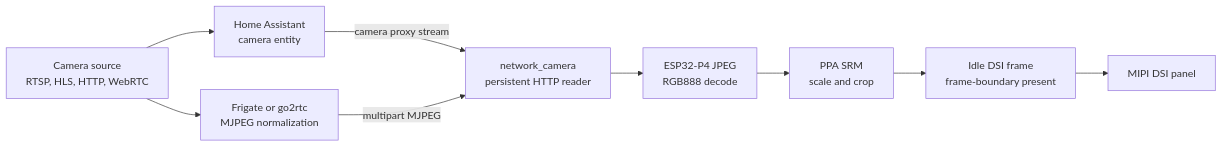
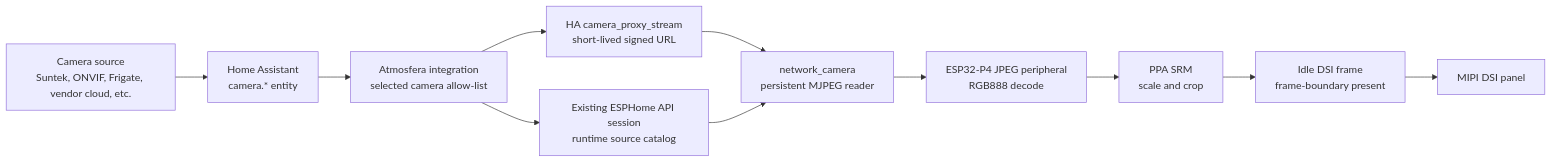
One commit to kyvaith/Atmosfera-Echo-Hub changed the diagram in docs/architecture/camera-streaming.md. Above: the diagram before and after it, drawn with Mermaid. The commit also changed other lines of this file and 16 other files, not shown here.

Commit message:
Add Home Assistant camera selection

````diff
--- a/docs/architecture/camera-streaming.md
+++ b/docs/architecture/camera-streaming.md
@@ -11,20 +35,24 @@
 ```mermaid
 flowchart LR
-    CAMERA["Camera source<br/>RTSP, HLS, HTTP, WebRTC"]
-    HA["Home Assistant<br/>camera entity"]
-    GATEWAY["Frigate or go2rtc<br/>MJPEG normalization"]
-    HTTP["network_camera<br/>persistent HTTP reader"]
-    JPEG["ESP32-P4 JPEG<br/>RGB888 decode"]
+    SOURCE["Camera source<br/>Suntek, ONVIF, Frigate, vendor cloud, etc."]
+    ENTITY["Home Assistant<br/>camera.* entity"]
+    CONFIG["Atmosfera integration<br/>selected camera allow-list"]
+    PROXY["HA camera_proxy_stream<br/>short-lived signed URL"]
+    API["Existing ESPHome API session<br/>runtime source catalog"]
+    HTTP["network_camera<br/>persistent MJPEG reader"]
+    JPEG["ESP32-P4 JPEG peripheral<br/>RGB888 decode"]
     PPA["PPA SRM<br/>scale and crop"]
     DSI["Idle DSI frame<br/>frame-boundary present"]
     PANEL["MIPI DSI panel"]
 
-    CAMERA --> HA
-    CAMERA --> GATEWAY
-    HA -->|camera proxy stream| HTTP
-    GATEWAY -->|multipart MJPEG| HTTP
+    SOURCE --> ENTITY
+    ENTITY --> CONFIG
+    CONFIG --> PROXY
+    PROXY --> HTTP
+    CONFIG --> API
+    API --> HTTP
     HTTP --> JPEG
     JPEG --> PPA
     PPA --> DSI
     DSI --> PANEL
 ```
````
